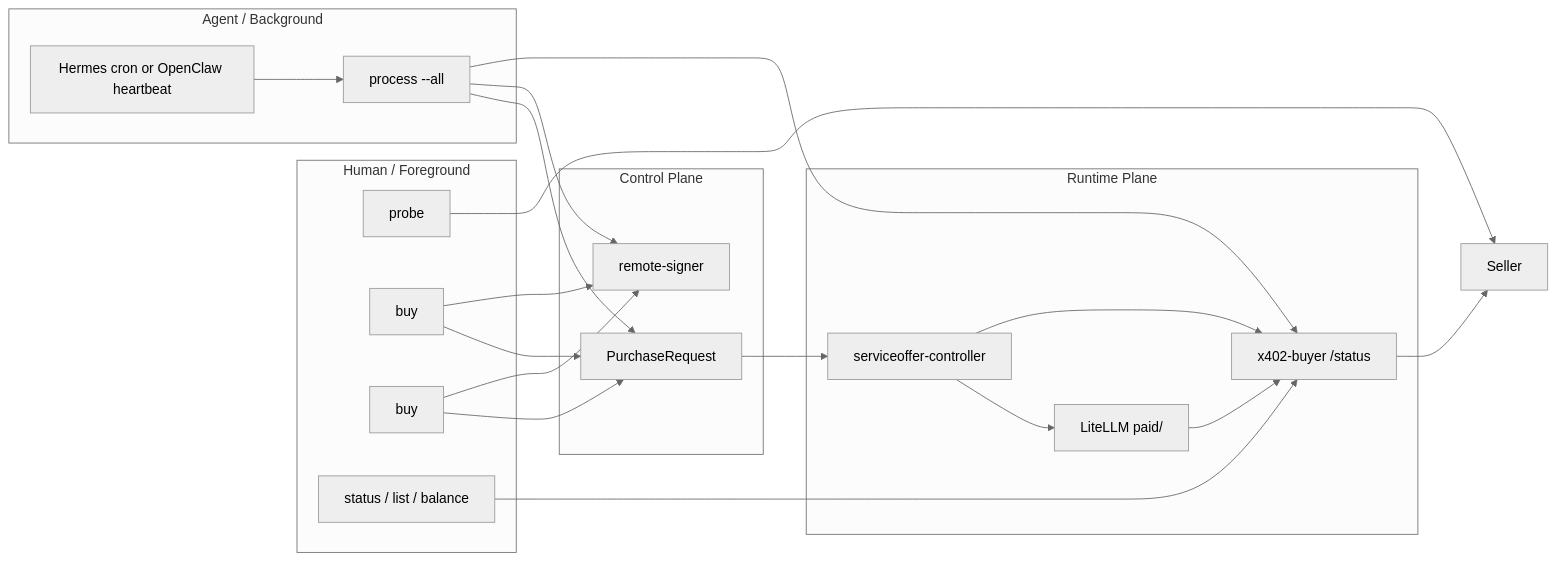
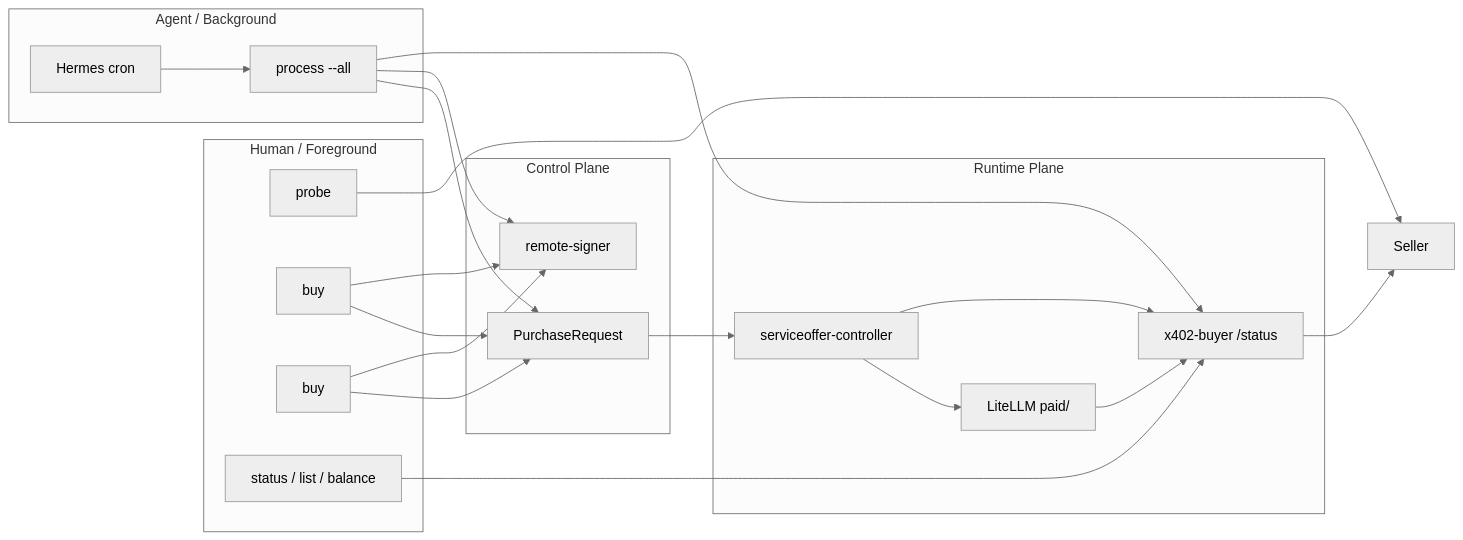
Before and after one commit to ObolNetwork/obol-stack: the first of 2 diagrams in internal/embed/skills/buy-x402/SKILL.md, drawn with Mermaid (neutral theme). The commit also changed other lines of this file and 121 other files, not shown here.

First line of the commit message:
chore: remove OpenClaw, obol domain and tunnel login

````diff
--- a/internal/embed/skills/buy-x402/SKILL.md
+++ b/internal/embed/skills/buy-x402/SKILL.md
@@ -342,43 +333,43 @@
 ```mermaid
 flowchart LR
   subgraph Human["Human / Foreground"]
     H1["probe"]
     H2["buy <new-name>"]
     H3["buy <same-name>"]
     H4["status / list / balance"]
   end
 
   subgraph Agent["Agent / Background"]
-    A1["Hermes cron or OpenClaw heartbeat"]
+    A1["Hermes cron"]
     A2["process --all"]
   end
 
   subgraph Control["Control Plane"]
     PR["PurchaseRequest"]
     RS["remote-signer"]
   end
 
   subgraph Runtime["Runtime Plane"]
     C["serviceoffer-controller"]
     X["x402-buyer /status"]
     L["LiteLLM paid/<model>"]
   end
 
   S["Seller"]
 
   H1 --> S
   H2 --> RS
   H2 --> PR
   H3 --> RS
   H3 --> PR
   H4 --> X
   A1 --> A2
   A2 --> X
   A2 --> RS
   A2 --> PR
   PR --> C
   C --> X
   C --> L
   L --> X
   X --> S
 ```
````
